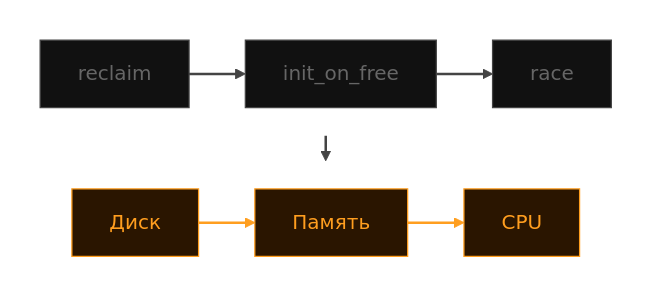
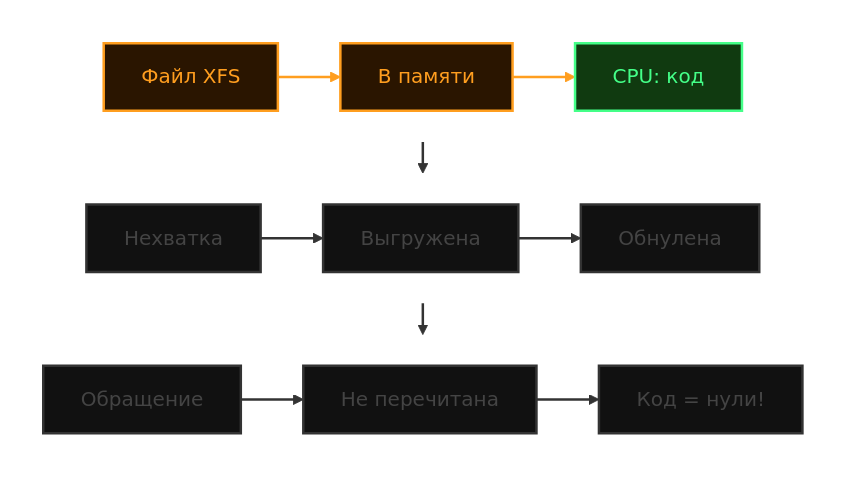
Before and after one commit to polarnik/postgresql-system-issue-story: the diagram in docs/diagrams/mmap-1.mmd, drawn with Mermaid. The commit also changed 36 other files, not shown here.

```diff
--- a/docs/diagrams/mmap-1.mmd
+++ b/docs/diagrams/mmap-1.mmd
@@ -1,28 +1,49 @@
-%%{init: {'theme': 'base', 'themeVariables': { 'darkMode': true, 'background': '#000000', 'primaryColor': '#ff9e1f', 'primaryTextColor': '#fff', 'primaryBorderColor': '#cc7e19', 'secondaryColor': '#111111', 'secondaryTextColor': '#fff', 'tertiaryColor': '#111111', 'lineColor': '#ff9e1f', 'textColor': '#fff', 'mainBkg': '#111111', 'fontFamily': 'verdana'}, 'flowchart': { 'nodeSpacing': 25, 'rankSpacing': 20 }}}%%
+%%{init: {'theme': 'base', 'themeVariables': { 'darkMode': true, 'background': '#000000', 'primaryColor': '#ff9e1f', 'primaryTextColor': '#fff', 'primaryBorderColor': '#cc7e19', 'secondaryColor': '#111111', 'secondaryTextColor': '#fff', 'tertiaryColor': '#111111', 'lineColor': '#ff9e1f', 'textColor': '#fff', 'mainBkg': '#111111', 'fontFamily': 'verdana'}, 'flowchart': { 'nodeSpacing': 30, 'rankSpacing': 25 }}}%%
 
 flowchart TB
-    classDef done fill:#1a1a1a,stroke:#ff9e1f,color:#eee
-    classDef active fill:#2a1500,stroke:#ff9e1f,color:#ff9e1f
-    classDef pending fill:#111111,stroke:#444,color:#666
-    classDef error fill:#3a1010,stroke:#ff4444,color:#eee
+    classDef done fill:transparent,stroke:#555,color:#888,stroke-width:2px
+    classDef active fill:#2a1500,stroke:#ff9e1f,color:#ff9e1f,stroke-width:2px
+    classDef pending fill:#111,stroke:#333,color:#444,stroke-width:2px
+    classDef error fill:#3a1010,stroke:#ff4444,color:#ff4444,stroke-width:2px
+    classDef success fill:#103a10,stroke:#44ff88,color:#44ff88,stroke-width:2px
 
     subgraph S1 [" "]
         direction LR
-        D["Диск"]:::active --> M["Память"]:::active --> CPU["CPU"]:::active
+        A["Файл XFS"] --> B["В памяти"] --> C["CPU: код"]
     end
 
     subgraph S2 [" "]
         direction LR
-        R["reclaim"]:::pending --> I["init_on_free"]:::pending --> BUG["race"]:::pending
+        D["Нехватка"] --> E["Выгружена"] --> F["Обнулена"]
     end
 
-    S2 --> M
+    subgraph S3 [" "]
+        direction LR
+        G["Обращение"] --> H["Не перечитана"] --> I["Код = нули!"]
+    end
+
+    S1 --> S2
+    S2 --> S3
+
+    style S1 fill:transparent,stroke:transparent
+    style S2 fill:transparent,stroke:transparent
+    style S3 fill:transparent,stroke:transparent
+
+    A:::active
+    B:::active
+    C:::success
+    D:::pending
+    E:::pending
+    F:::pending
+    G:::pending
+    H:::pending
+    I:::pending
 
     linkStyle 0 stroke:#ff9e1f,stroke-width:2px
     linkStyle 1 stroke:#ff9e1f,stroke-width:2px
-    linkStyle 2 stroke:#444,stroke-width:2px
-    linkStyle 3 stroke:#444,stroke-width:2px
-    linkStyle 4 stroke:#444,stroke-width:2px
-
-    style S1 fill:transparent,stroke:transparent
-    style S2 fill:transparent,stroke:transparent
+    linkStyle 2 stroke:#333,stroke-width:2px
+    linkStyle 3 stroke:#333,stroke-width:2px
+    linkStyle 4 stroke:#333,stroke-width:2px
+    linkStyle 5 stroke:#333,stroke-width:2px
+    linkStyle 6 stroke:#333,stroke-width:2px
+    linkStyle 7 stroke:#333,stroke-width:2px
```
